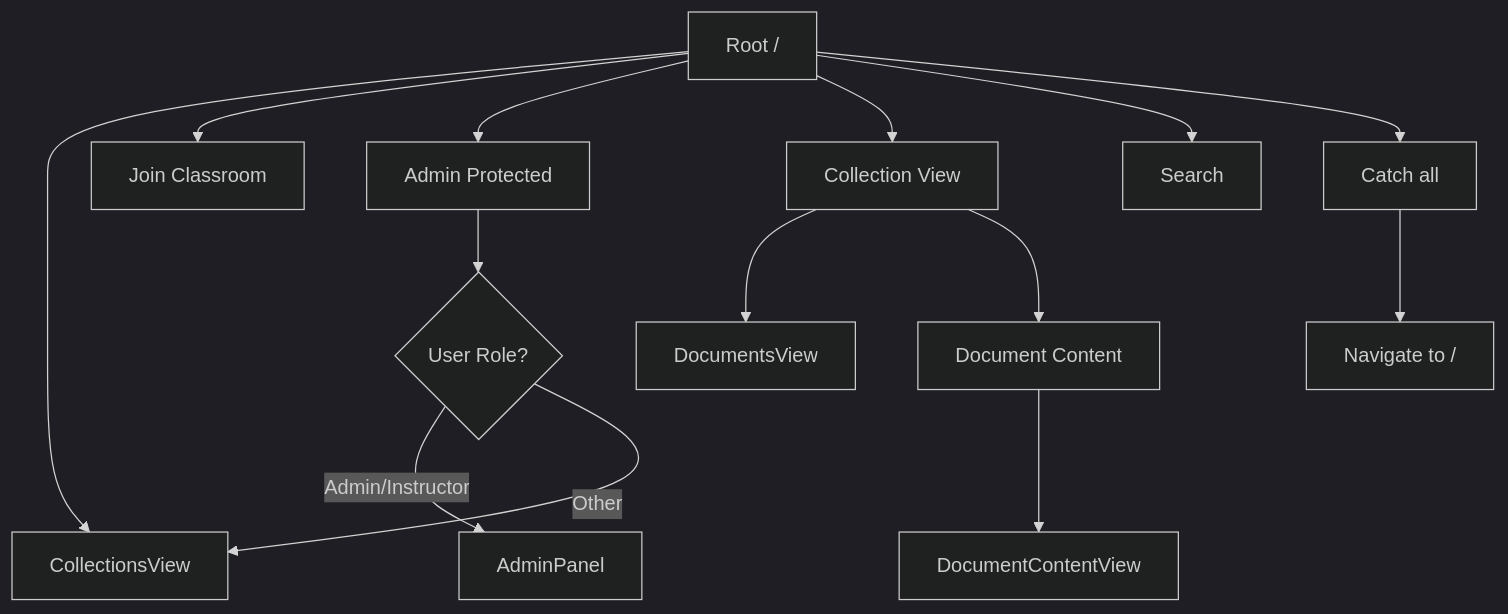
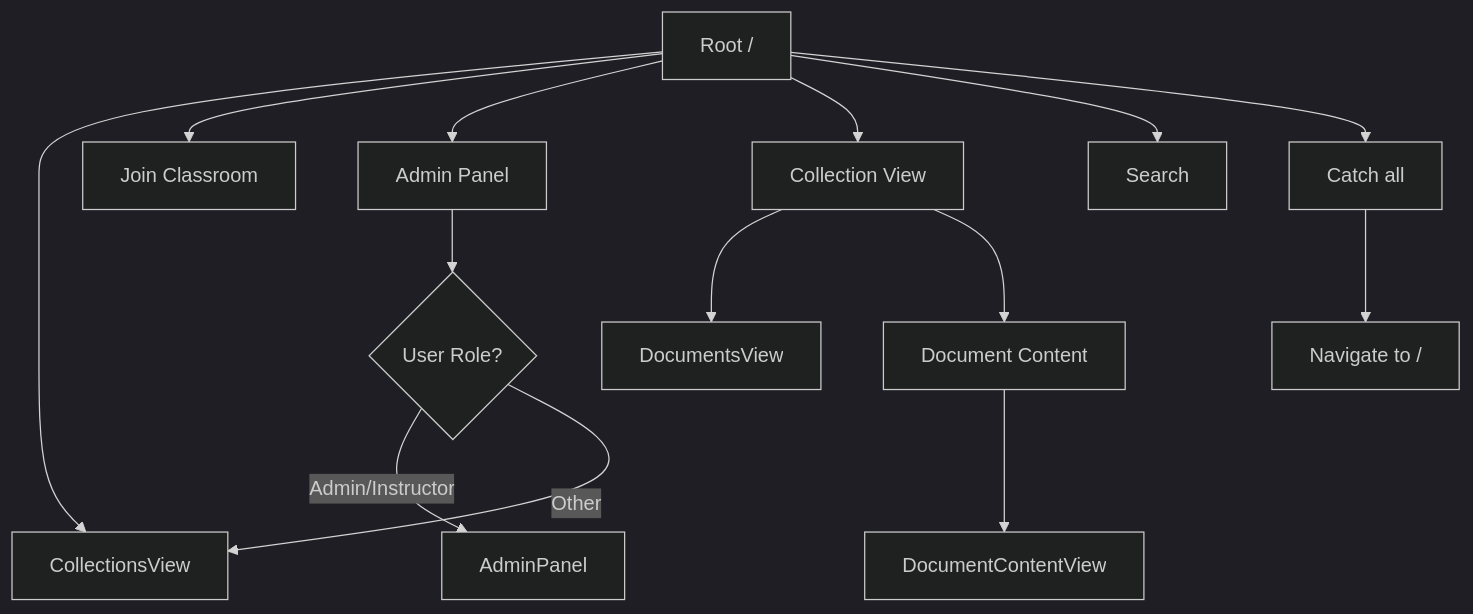
Before and after one commit to dartmouth/genji-lab: the second of 5 diagrams in docs/frontend/OVERVIEW.md, drawn with Mermaid (dark theme). The commit also changed other lines of this file, not shown here.

````diff
--- a/docs/frontend/OVERVIEW.md
+++ b/docs/frontend/OVERVIEW.md
@@ -216,20 +216,20 @@
 ```mermaid
 graph TD
     A[Root /] --> B[CollectionsView]
     A --> C[Join Classroom]
-    A --> D[Admin Protected]
+    A --> D[Admin Panel]
     A --> E[Collection View]
     A --> F[Search]
     
     E --> G[DocumentsView]
     E --> H[Document Content]
     
     H --> I[DocumentContentView]
     
     D --> J{User Role?}
     J -->|Admin/Instructor| K[AdminPanel]
     J -->|Other| B
     
     A --> L[Catch all]
     L --> M[Navigate to /]
 ```
````
